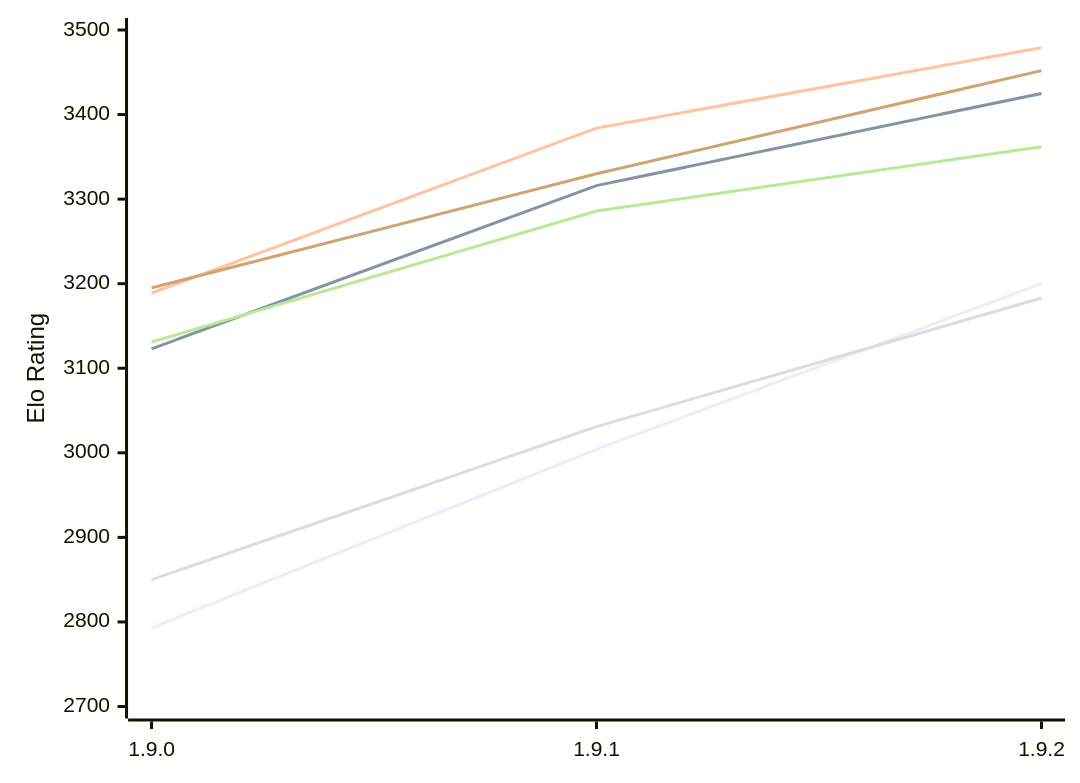
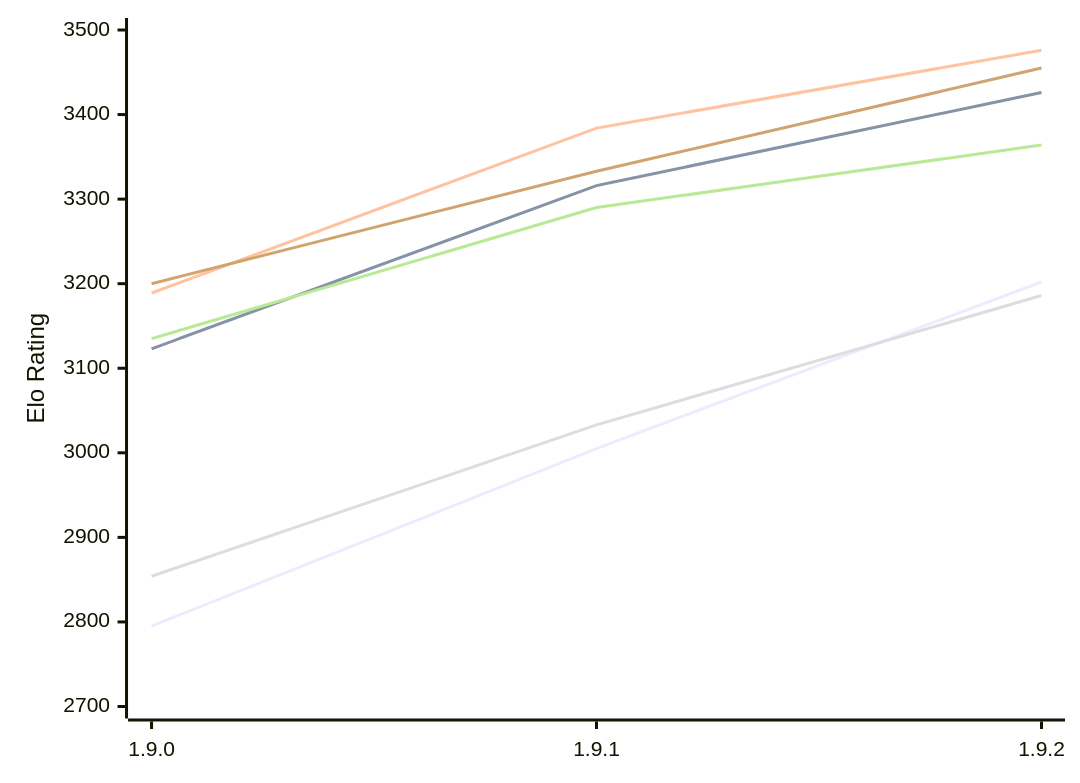
Before and after one commit to computer-chess-index/cci: the diagram in engines/Superpawn.md, drawn with Mermaid. The commit also changed other lines of this file, not shown here.

Commit message:
Update CCI Ratings (ELO VLTC) - 2026-11-24

````diff
--- a/engines/Superpawn.md
+++ b/engines/Superpawn.md
@@ -51,12 +51,12 @@
 ```mermaid
 %%{init: {"theme":"base","themeVariables":{"seriesColors:['#a3a3a3','#222221','#faa371']}}}%%
 xychart-beta
   x-axis ["1.9.0", "1.9.1", "1.9.2"]
   y-axis "Elo Rating" 2700 --> 3500
-  line "E1: STC (8.0+0.08s)" [2793, 3004, 3200]
-  line "E1: LTC (60.0+0.60s)" [3123, 3316, 3425]
-  line "E1: VLTC (2m24s+1.12s)" [3189, 3384, 3479]
-  line "P1: STC (8.0+0.08s)" [2850, 3031, 3183]
-  line "P1: LTC (60.0+0.60s)" [3131, 3286, 3362]
-  line "P1: VLTC (2m24s+1.12s)" [3195, 3330, 3452]
+  line "E1: STC (8.0+0.08s)" [2795, 3005, 3202]
+  line "E1: LTC (60.0+0.60s)" [3123, 3316, 3426]
+  line "E1: VLTC (2m24s+1.12s)" [3189, 3384, 3476]
+  line "P1: STC (8.0+0.08s)" [2854, 3033, 3186]
+  line "P1: LTC (60.0+0.60s)" [3135, 3290, 3364]
+  line "P1: VLTC (2m24s+1.12s)" [3200, 3333, 3455]
 ```
````
